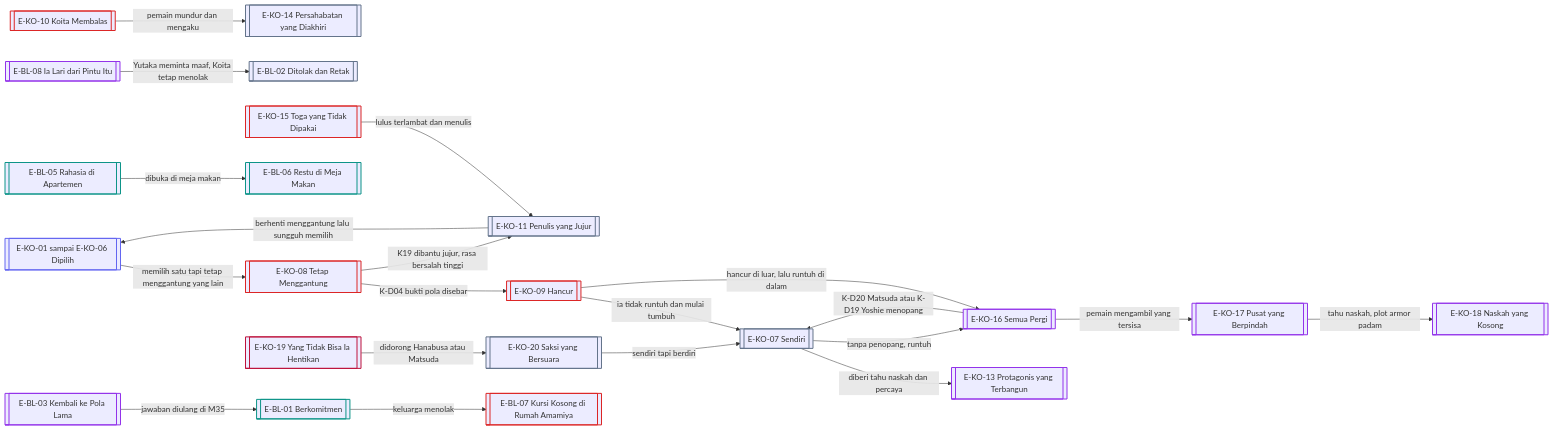
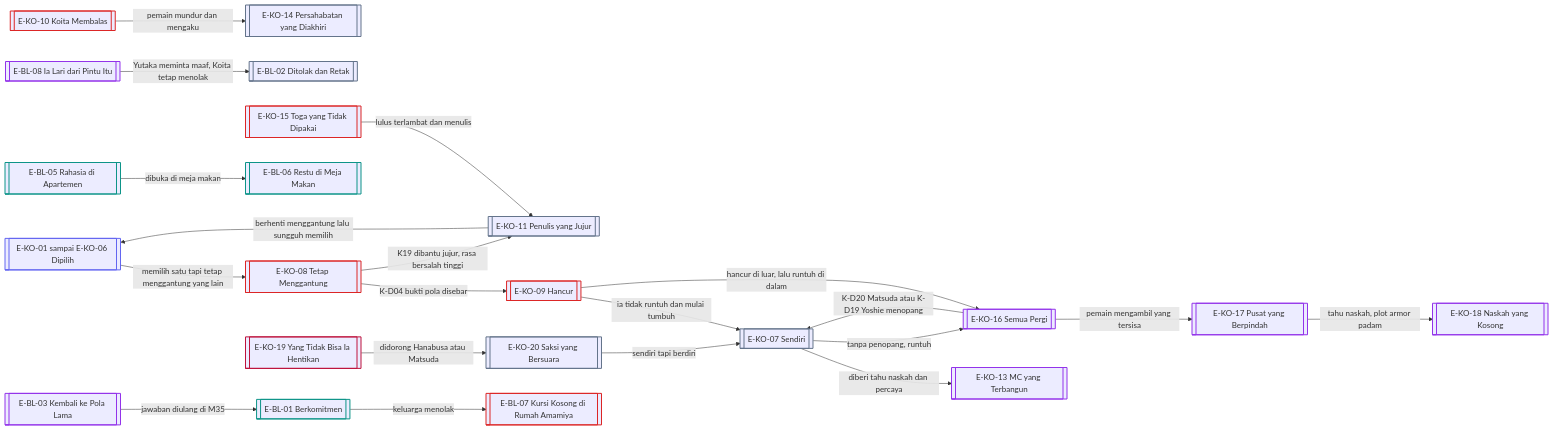
One commit to CHA-NYANN/NTR changed the fifth of 6 diagrams in docs/Alur_Cabang/07_Koita_dan_BL.md. Above: the diagram before and after it, drawn with Mermaid. The commit also changed other lines of this file and 673 other files, not shown here.

````diff
--- a/docs/Alur_Cabang/07_Koita_dan_BL.md
+++ b/docs/Alur_Cabang/07_Koita_dan_BL.md
@@ -287,34 +287,34 @@
 ```mermaid
 flowchart LR
   classDef romantis stroke:#0d9488,stroke-width:2px
   classDef netral stroke:#64748b,stroke-width:2px
   classDef buruk stroke:#dc2626,stroke-width:2px
   classDef koita stroke:#6366f1,stroke-width:2px
   classDef khusus stroke:#9333ea,stroke-width:2px
   classDef broken stroke:#be123c,stroke-width:2px
   KD[["E-KO-01 sampai E-KO-06 Dipilih"]] -->|memilih satu tapi tetap menggantung yang lain| K08[["E-KO-08 Tetap Menggantung"]]
   K08 -->|K-D04 bukti pola disebar| K09[["E-KO-09 Hancur"]]
   K08 -->|K19 dibantu jujur, rasa bersalah tinggi| K11[["E-KO-11 Penulis yang Jujur"]]
   K09 -->|ia tidak runtuh dan mulai tumbuh| K07[["E-KO-07 Sendiri"]]
   K10[["E-KO-10 Koita Membalas"]] -->|pemain mundur dan mengaku| K14[["E-KO-14 Persahabatan yang Diakhiri"]]
-  K07 -->|diberi tahu naskah dan percaya| K13[["E-KO-13 Protagonis yang Terbangun"]]
+  K07 -->|diberi tahu naskah dan percaya| K13[["E-KO-13 MC yang Terbangun"]]
   K11 -->|berhenti menggantung lalu sungguh memilih| KD
   K15[["E-KO-15 Toga yang Tidak Dipakai"]] -->|lulus terlambat dan menulis| K11
   BL03[["E-BL-03 Kembali ke Pola Lama"]] -->|jawaban diulang di M35| BL01[["E-BL-01 Berkomitmen"]]
   BL08[["E-BL-08 Ia Lari dari Pintu Itu"]] -->|Yutaka meminta maaf, Koita tetap menolak| BL02[["E-BL-02 Ditolak dan Retak"]]
   BL05[["E-BL-05 Rahasia di Apartemen"]] -->|dibuka di meja makan| BL06[["E-BL-06 Restu di Meja Makan"]]
   BL01 -->|keluarga menolak| BL07[["E-BL-07 Kursi Kosong di Rumah Amamiya"]]
   K07 -->|tanpa penopang, runtuh| K16[["E-KO-16 Semua Pergi"]]
   K16 -->|K-D20 Matsuda atau K-D19 Yoshie menopang| K07
   K16 -->|pemain mengambil yang tersisa| K17[["E-KO-17 Pusat yang Berpindah"]]
   K17 -->|tahu naskah, plot armor padam| K18[["E-KO-18 Naskah yang Kosong"]]
   K09 -->|hancur di luar, lalu runtuh di dalam| K16
   K19[["E-KO-19 Yang Tidak Bisa Ia Hentikan"]] -->|didorong Hanabusa atau Matsuda| K20[["E-KO-20 Saksi yang Bersuara"]]
   K20 -->|sendiri tapi berdiri| K07
   class BL01,BL05,BL06 romantis
   class K07,K11,K14,K20,BL02 netral
   class K08,K09,K10,K15,BL07 buruk
   class KD koita
   class K13,K16,K17,K18,BL03,BL08 khusus
   class K19 broken
 ```
````
